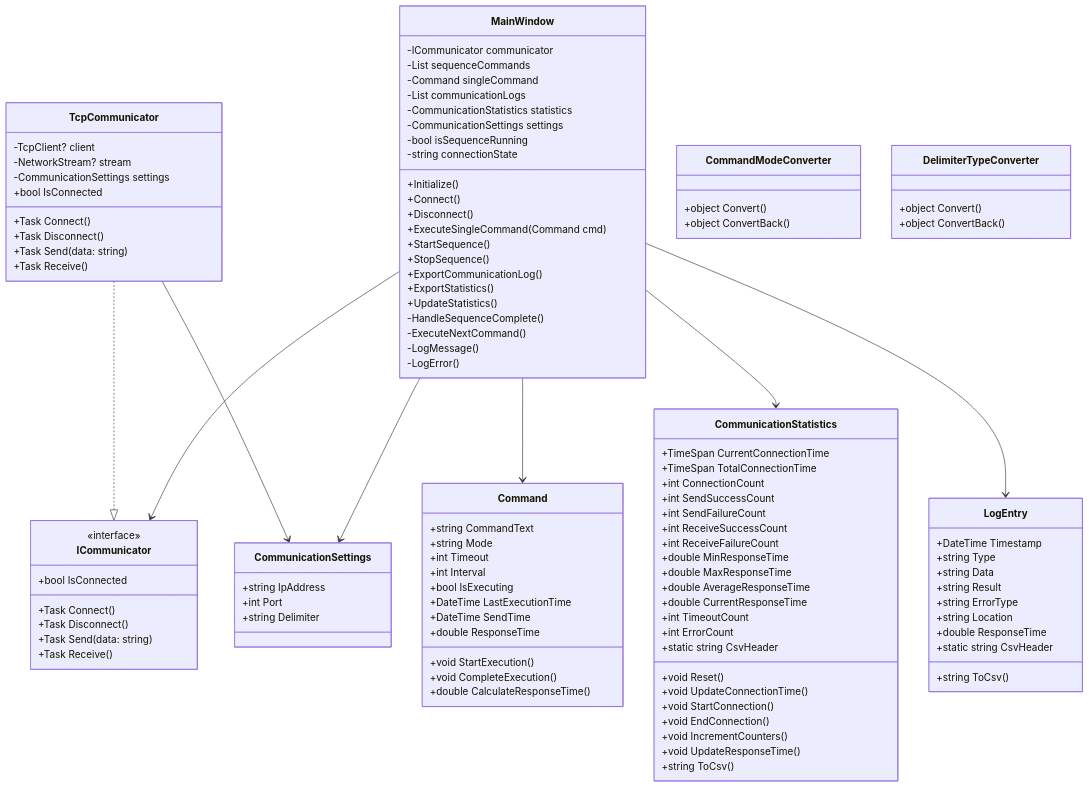
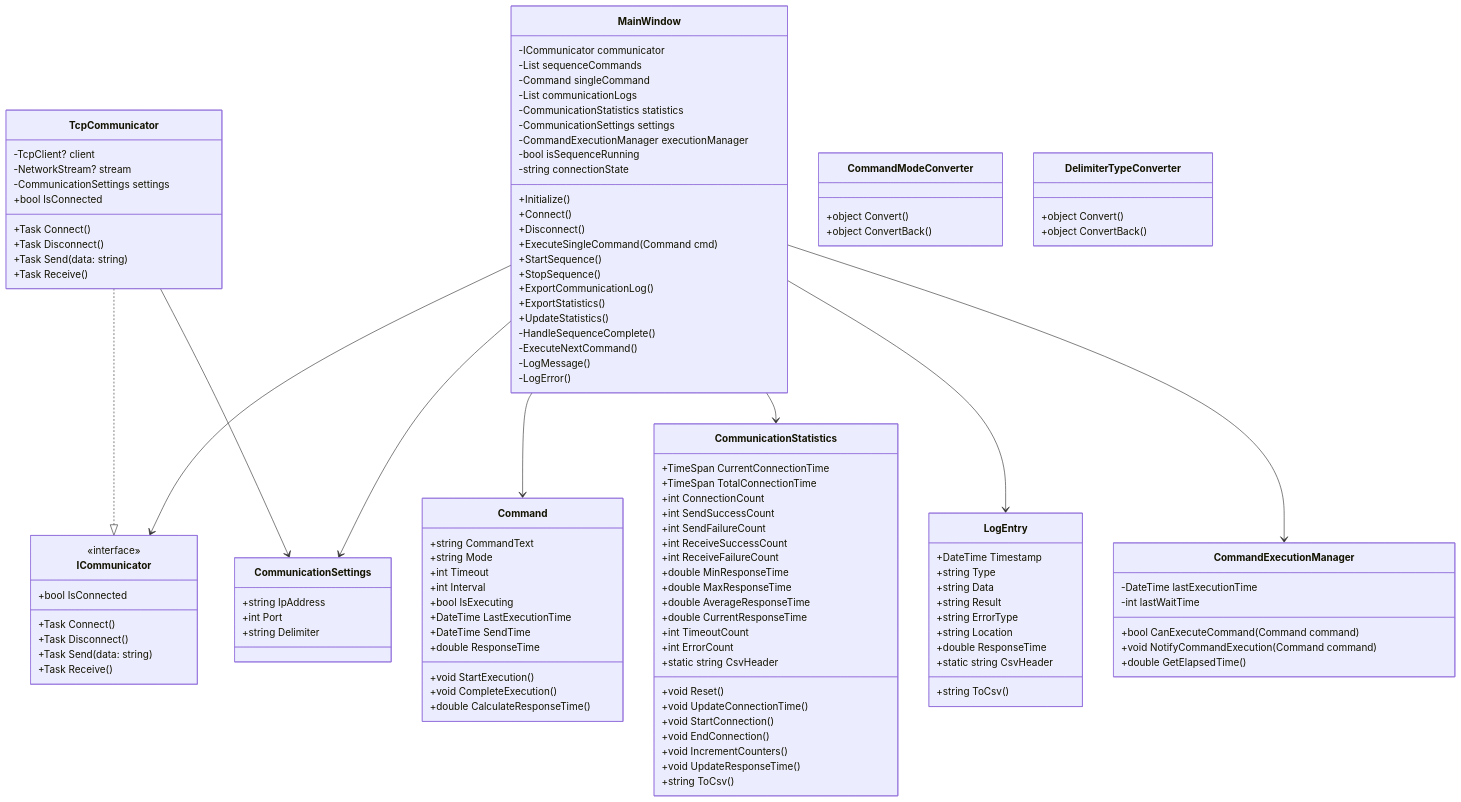
Before and after one commit to piyopiyo5/250426_CommandTest: the diagram in CommandTest/docs/specification.md, drawn with Mermaid. The commit also changed other lines of this file and 4 other files, not shown here.

````diff
--- a/CommandTest/docs/specification.md
+++ b/CommandTest/docs/specification.md
@@ -217,6 +222,7 @@
         -List<LogEntry> communicationLogs
         -CommunicationStatistics statistics
         -CommunicationSettings settings
+        -CommandExecutionManager executionManager
         -bool isSequenceRunning
         -string connectionState
         +Initialize()
@@ -320,11 +326,20 @@
         +object ConvertBack()
     }
 
+    class CommandExecutionManager {
+        -DateTime lastExecutionTime
+        -int lastWaitTime
+        +bool CanExecuteCommand(Command command)
+        +void NotifyCommandExecution(Command command)
+        +double GetElapsedTime()
+    }
+
     MainWindow --> ICommunicator
     MainWindow --> Command
     MainWindow --> CommunicationSettings
     MainWindow --> CommunicationStatistics
     MainWindow --> LogEntry
+    MainWindow --> CommandExecutionManager
     TcpCommunicator ..|> ICommunicator
     TcpCommunicator --> CommunicationSettings
 ```
````
